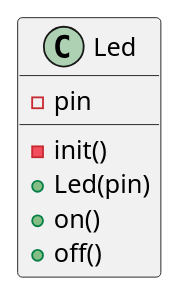
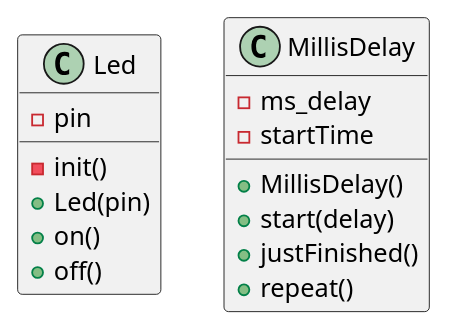
Before and after one commit to PaulGLujan/CatchingLightning: the diagram in name.puml, drawn with PlantUML. The commit also changed 5 other files, not shown here.

Commit message:
Added MillisDelay library

```diff
--- a/name.puml
+++ b/name.puml
@@ -1,10 +1,19 @@
 @startuml
 class Led {
   -pin
   -init()
   +Led(pin)
   +on()
   +off()
 }
 
+class MillisDelay {
+  -ms_delay
+  -startTime
+  +MillisDelay()
+  +start(delay)
+  +justFinished()
+  +repeat()
+}
+
 @enduml
```
